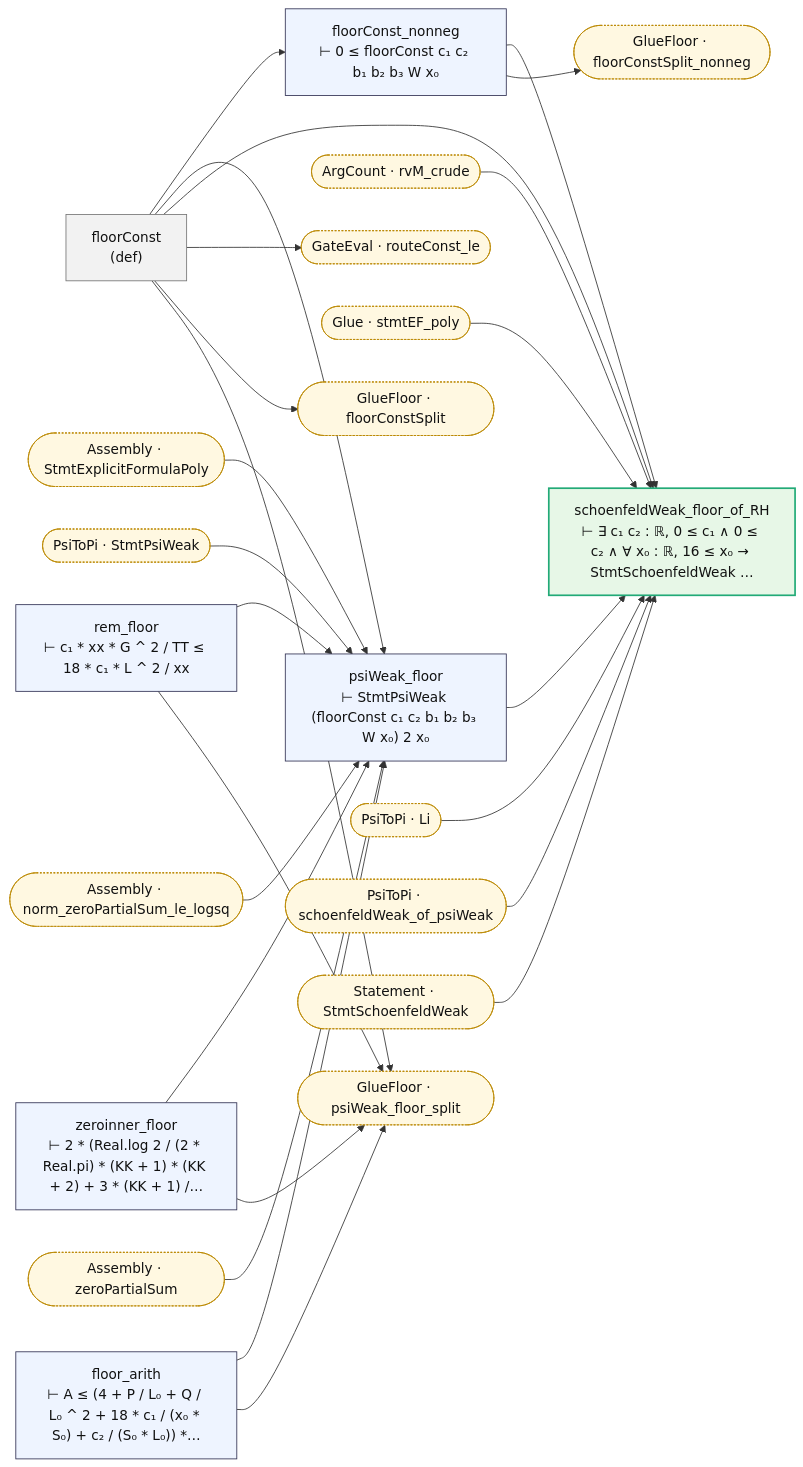
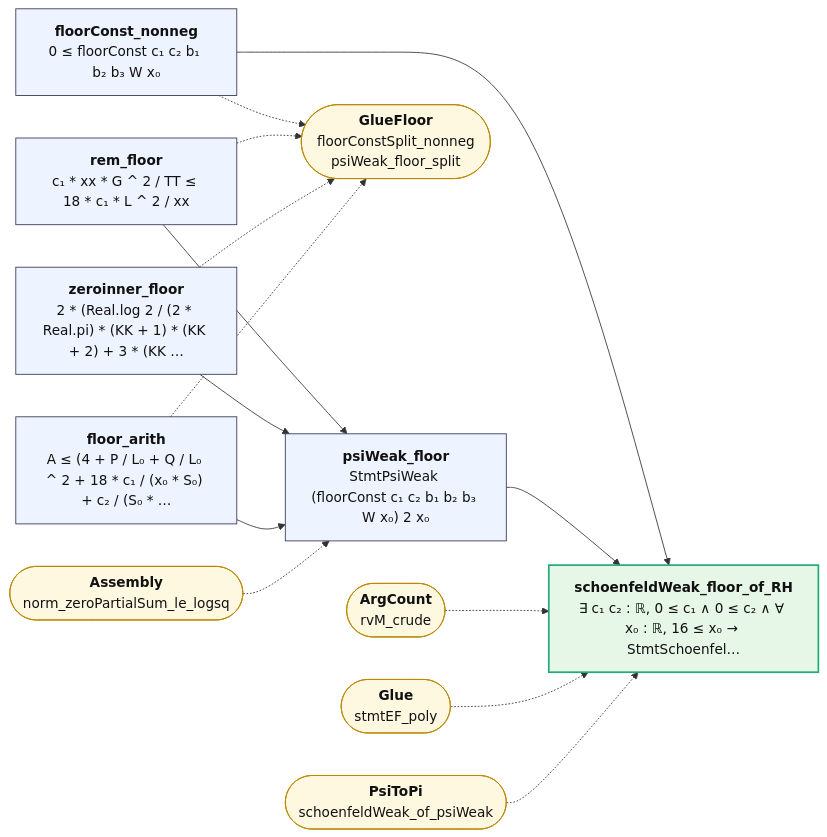
One commit to juliansambranojr/Primebeat_081426 changed the diagram in map/lean_stage3/AssemblyFloor.md. Above: the diagram before and after it, drawn with Mermaid. The commit also changed other lines of this file and 387 other files, not shown here.

````diff
--- a/map/lean_stage3/AssemblyFloor.md
+++ b/map/lean_stage3/AssemblyFloor.md
@@ -8,53 +12,32 @@
 ```mermaid
 flowchart LR
-  n0["floorConst<br/>(def)"]:::dfn
-  n1["floorConst_nonneg<br/>⊢ 0 ≤ floorConst c₁ c₂ b₁ b₂ b₃ W x₀"]:::thm
-  n2["rem_floor<br/>⊢ c₁ * xx * G ^ 2 / TT ≤ 18 * c₁ * L ^ 2 / xx"]:::thm
-  n3["zeroinner_floor<br/>⊢ 2 * (Real.log 2 / (2 * Real.pi) * (KK + 1) * (KK + 2) + 3 * (KK + 1) /…"]:::thm
-  n4["floor_arith<br/>⊢ A ≤ (4 + P / L₀ + Q / L₀ ^ 2 + 18 * c₁ / (x₀ * S₀) + c₂ / (S₀ * L₀)) *…"]:::thm
-  n5["psiWeak_floor<br/>⊢ StmtPsiWeak (floorConst c₁ c₂ b₁ b₂ b₃ W x₀) 2 x₀"]:::thm
-  n6["schoenfeldWeak_floor_of_RH<br/>⊢ ∃ c₁ c₂ : ℝ, 0 ≤ c₁ ∧ 0 ≤ c₂ ∧ ∀ x₀ : ℝ, 16 ≤ x₀ → StmtSchoenfeldWeak …"]:::end_
-  x0(["ArgCount · rvM_crude"]):::ext
-  x1(["Assembly · StmtExplicitFormulaPoly"]):::ext
-  x2(["Assembly · norm_zeroPartialSum_le_logsq"]):::ext
-  x3(["Assembly · zeroPartialSum"]):::ext
-  x4(["GateEval · routeConst_le"]):::ext
-  x5(["Glue · stmtEF_poly"]):::ext
-  x6(["GlueFloor · floorConstSplit"]):::ext
-  x7(["GlueFloor · floorConstSplit_nonneg"]):::ext
-  x8(["GlueFloor · psiWeak_floor_split"]):::ext
-  x9(["PsiToPi · Li"]):::ext
-  x10(["PsiToPi · StmtPsiWeak"]):::ext
-  x11(["PsiToPi · schoenfeldWeak_of_psiWeak"]):::ext
-  x12(["Statement · StmtSchoenfeldWeak"]):::ext
-  n0 --> n1
+  n0["<b>floorConst_nonneg</b><br/>0 ≤ floorConst c₁ c₂ b₁ b₂ b₃ W x₀"]:::thm
+  n1["<b>rem_floor</b><br/>c₁ * xx * G ^ 2 / TT ≤ 18 * c₁ * L ^ 2 / xx"]:::thm
+  n2["<b>zeroinner_floor</b><br/>2 * (Real.log 2 / (2 * Real.pi) * (KK + 1) * (KK + 2) + 3 * (KK …"]:::thm
+  n3["<b>floor_arith</b><br/>A ≤ (4 + P / L₀ + Q / L₀ ^ 2 + 18 * c₁ / (x₀ * S₀) + c₂ / (S₀ * …"]:::thm
+  n4["<b>psiWeak_floor</b><br/>StmtPsiWeak (floorConst c₁ c₂ b₁ b₂ b₃ W x₀) 2 x₀"]:::thm
+  n5["<b>schoenfeldWeak_floor_of_RH</b><br/>∃ c₁ c₂ : ℝ, 0 ≤ c₁ ∧ 0 ≤ c₂ ∧ ∀ x₀ : ℝ, 16 ≤ x₀ → StmtSchoenfel…"]:::end_
+  x0(["<b>GlueFloor</b><br/>floorConstSplit_nonneg<br/>psiWeak_floor_split"]):::ext
+  x1(["<b>Assembly</b><br/>norm_zeroPartialSum_le_logsq"]):::ext
+  x2(["<b>ArgCount</b><br/>rvM_crude"]):::ext
+  x3(["<b>Glue</b><br/>stmtEF_poly"]):::ext
+  x4(["<b>PsiToPi</b><br/>schoenfeldWeak_of_psiWeak"]):::ext
   n0 --> n5
-  n0 --> n6
-  n0 --> x4
-  n0 --> x6
-  n0 --> x8
-  n1 --> n6
-  n1 --> x7
-  n2 --> n5
-  n2 --> x8
-  n3 --> n5
-  n3 --> x8
+  n1 --> n4
+  n2 --> n4
+  n3 --> n4
   n4 --> n5
-  n4 --> x8
-  n5 --> n6
-  x0 --> n6
-  x1 --> n5
-  x10 --> n5
-  x11 --> n6
-  x12 --> n6
-  x2 --> n5
-  x3 --> n5
-  x5 --> n6
-  x9 --> n6
+  n0 -.-> x0
+  n1 -.-> x0
+  n2 -.-> x0
+  n3 -.-> x0
+  x1 -.-> n4
+  x2 -.-> n5
+  x3 -.-> n5
+  x4 -.-> n5
   classDef thm fill:#eef4ff,stroke:#335,color:#111
-  classDef dfn fill:#f2f2f2,stroke:#777,color:#111
   classDef end_ fill:#e7f7e7,stroke:#2a7,color:#111,stroke-width:2px
   classDef lone fill:#fff,stroke:#999,color:#111,stroke-dasharray:4 3
   classDef bad fill:#ffe5e5,stroke:#c22,color:#111,stroke-width:2px
-  classDef ext fill:#fff8e1,stroke:#b80,color:#111,stroke-dasharray:2 2
+  classDef ext fill:#fff8e1,stroke:#b80,color:#111
 ```
````
